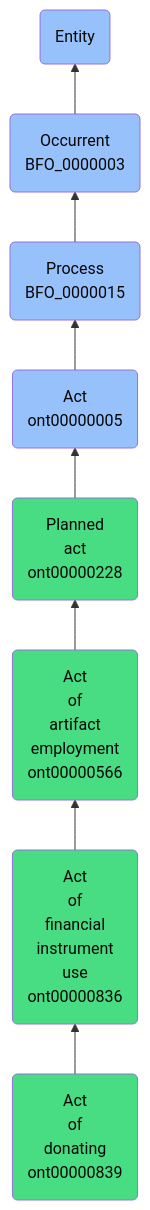
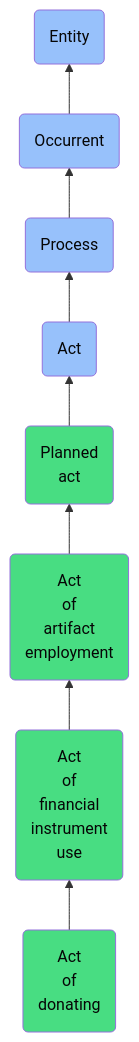
One commit to jupyter-naas/abi changed the diagram in docs/ontology/reference/model/Entity/Occurrent/Process/Act/Planned act/Act of artifact employment/Act of financial instrument use/Act of donating/Act of donating.md. Above: the diagram before and after it, drawn with Mermaid. The commit also changed other lines of this file and 1430 other files, not shown here.

````diff
--- a/docs/ontology/reference/model/Entity/Occurrent/Process/Act/Planned act/Act of artifact employment/Act of financial instrument use/Act of donating/Act of donating.md
+++ b/docs/ontology/reference/model/Entity/Occurrent/Process/Act/Planned act/Act of artifact employment/Act of financial instrument use/Act of donating/Act of donating.md
@@ -24,15 +24,15 @@
 ```mermaid
 graph BT
-    ont00000839(Act<br>of<br>donating<br>ont00000839):::ABI-->ont00000836
-    ont00000836(Act<br>of<br>financial<br>instrument<br>use<br>ont00000836):::ABI-->ont00000566
-    ont00000566(Act<br>of<br>artifact<br>employment<br>ont00000566):::ABI-->ont00000228
-    ont00000228(Planned<br>act<br>ont00000228):::ABI-->ont00000005
-    ont00000005(Act<br>ont00000005):::BFO-->BFO_0000015
-    BFO_0000015(Process<br>BFO_0000015):::BFO-->BFO_0000003
-    BFO_0000003(Occurrent<br>BFO_0000003):::BFO-->BFO_0000001
+    ont00000839(Act<br>of<br>donating):::ABI-->ont00000836
+    ont00000836(Act<br>of<br>financial<br>instrument<br>use):::ABI-->ont00000566
+    ont00000566(Act<br>of<br>artifact<br>employment):::ABI-->ont00000228
+    ont00000228(Planned<br>act):::ABI-->ont00000005
+    ont00000005(Act):::BFO-->BFO_0000015
+    BFO_0000015(Process):::BFO-->BFO_0000003
+    BFO_0000003(Occurrent):::BFO-->BFO_0000001
     BFO_0000001(Entity):::BFO
     
     classDef BFO fill:#97c1fb,color:#060606
     classDef CCO fill:#e4c51e,color:#060606
     classDef ABI fill:#48DD82,color:#060606
 ```
````
